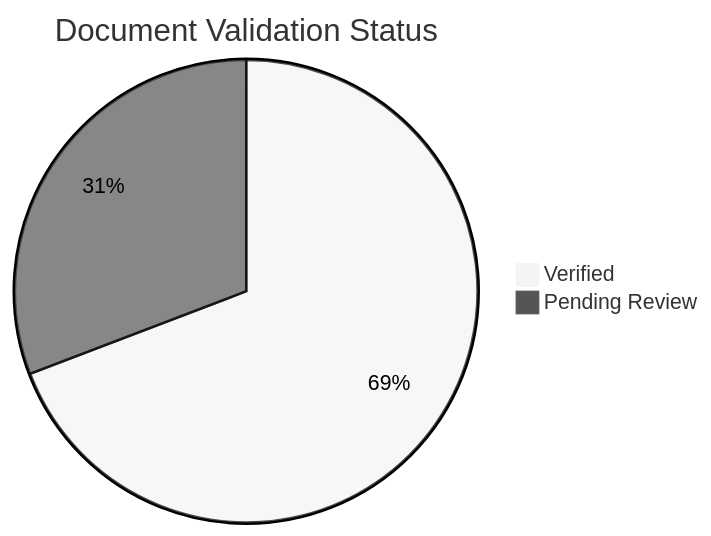
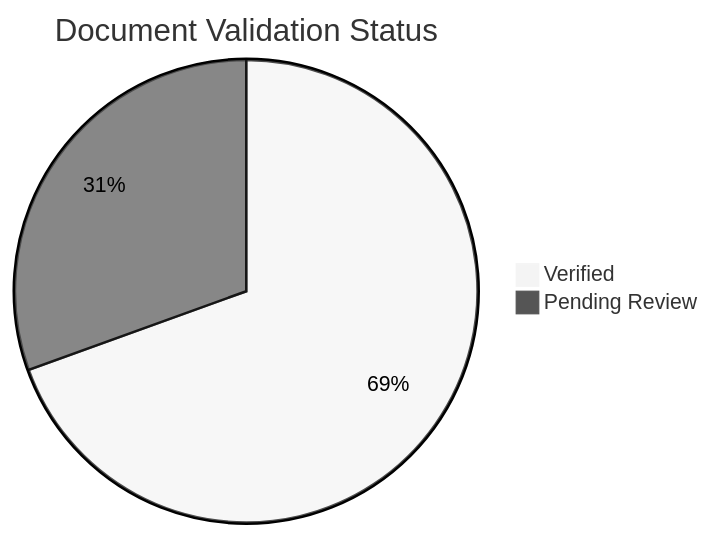
Before and after one commit to yeongseon/azure-container-apps-practical-guide: the diagram in docs/reference/content-validation-status.md, drawn with Mermaid (neutral theme). The commit also changed other lines of this file and 18 other files, not shown here.

````diff
--- a/docs/reference/content-validation-status.md
+++ b/docs/reference/content-validation-status.md
@@ -39,5 +36,5 @@
 ```mermaid
 pie title Document Validation Status
-    "Verified" : 146
+    "Verified" : 148
     "Pending Review" : 65
 ```
````
